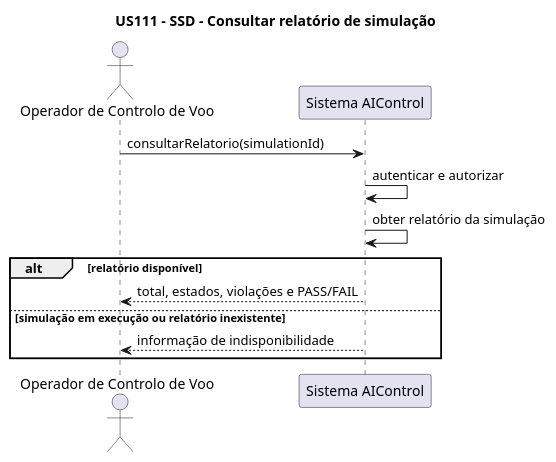
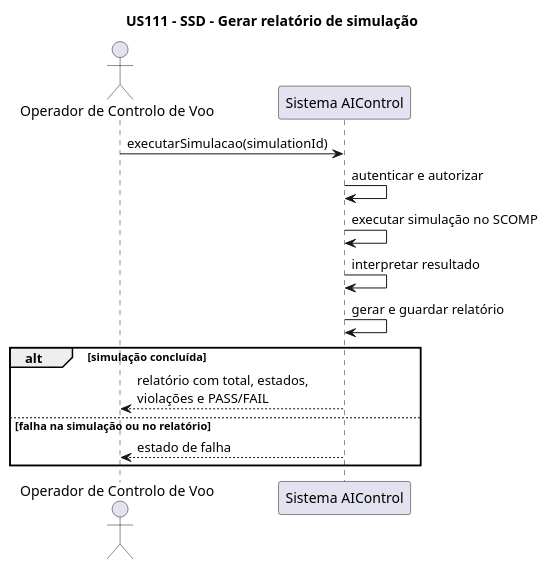
The diagram in docs/us_111/ssd.puml (goncalolopesp/sem4pi2526-sem4pi2526_2di5), drawn with PlantUML before and after one commit. The commit also changed 15 other files, not shown here.

```diff
--- a/docs/us_111/ssd.puml
+++ b/docs/us_111/ssd.puml
@@ -1,16 +1,18 @@
 @startuml
-title US111 - SSD - Consultar relatório de simulação
+title US111 - SSD - Gerar relatório de simulação
 
 actor "Operador de Controlo de Voo" as FCO
 participant "Sistema AIControl" as System
 
-FCO -> System : consultarRelatorio(simulationId)
+FCO -> System : executarSimulacao(simulationId)
 System -> System : autenticar e autorizar
-System -> System : obter relatório da simulação
+System -> System : executar simulação no SCOMP
+System -> System : interpretar resultado
+System -> System : gerar e guardar relatório
 
-alt relatório disponível
-    System --> FCO : total, estados, violações e PASS/FAIL
-else simulação em execução ou relatório inexistente
-    System --> FCO : informação de indisponibilidade
+alt simulação concluída
+    System --> FCO : relatório com total, estados,\nviolações e PASS/FAIL
+else falha na simulação ou no relatório
+    System --> FCO : estado de falha
 end
 @enduml
```
